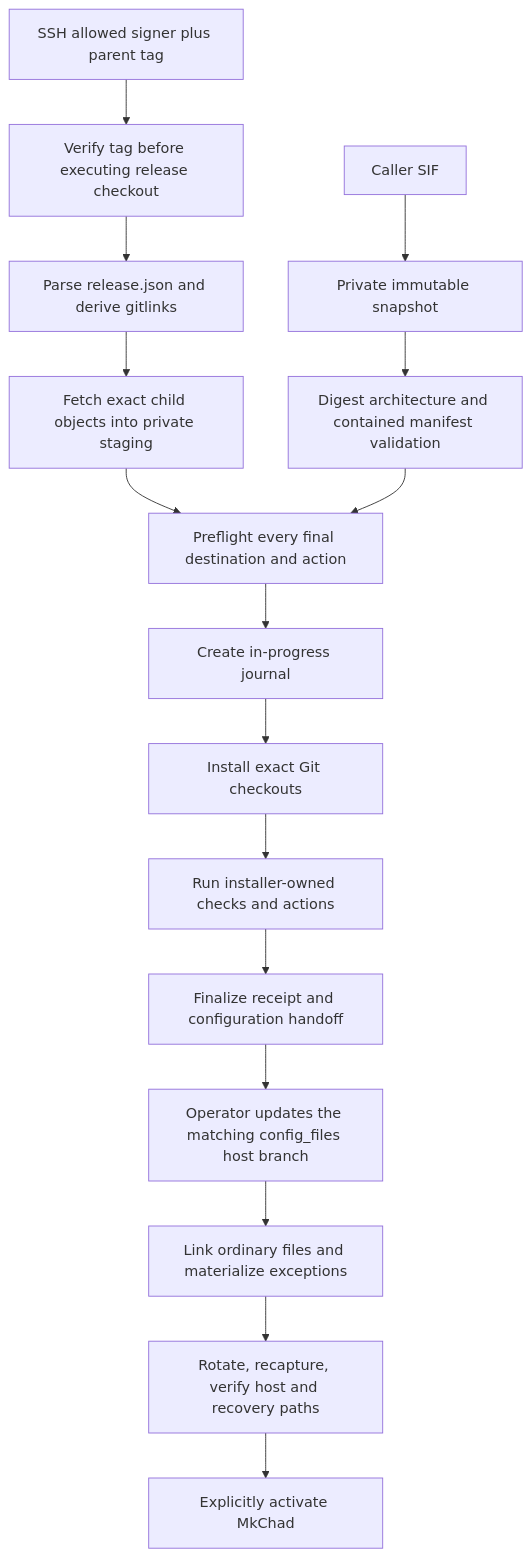
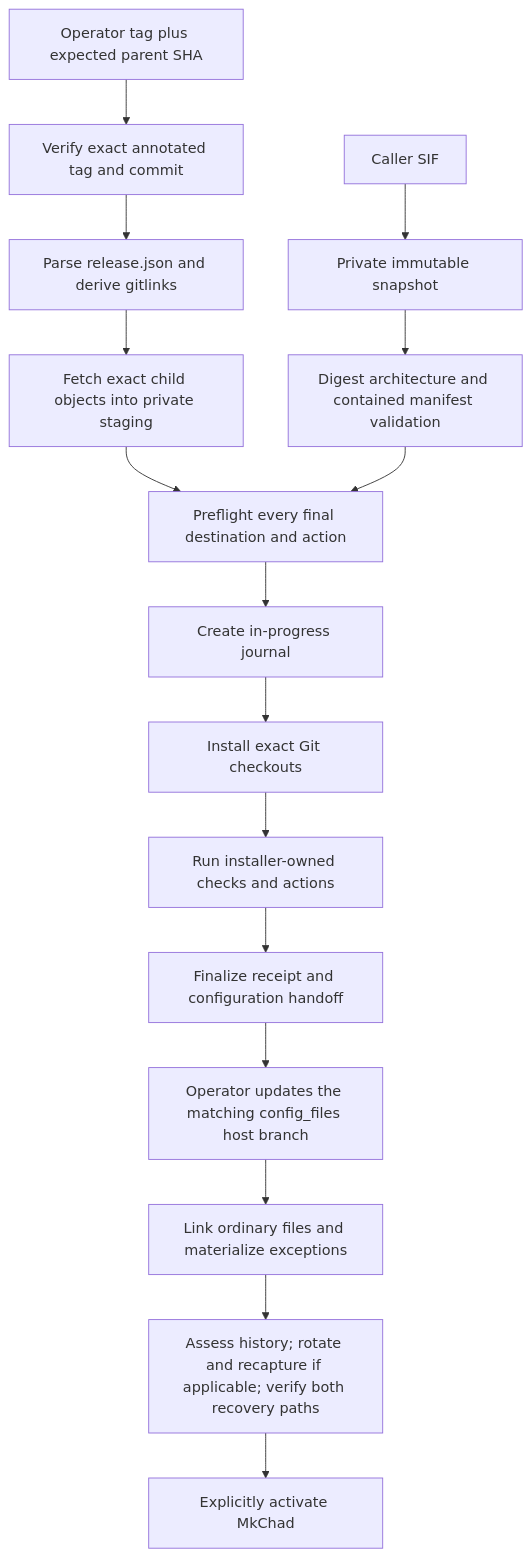
The second of 2 diagrams in docs/plans/2026-08-01-001-feat-reproducible-host-deployment-plan.md (krafczyk/mkchad_dev), drawn with Mermaid before and after one commit. The commit also changed other lines of this file, not shown here.

First line of the commit message:
docs(plan): adopt keyless release authority

````diff
--- a/docs/plans/2026-08-01-001-feat-reproducible-host-deployment-plan.md
+++ b/docs/plans/2026-08-01-001-feat-reproducible-host-deployment-plan.md
@@ -230,18 +232,18 @@
 ```mermaid
 flowchart TB
-  T[SSH allowed signer plus parent tag] --> B[Verify tag before executing release checkout]
+  T[Operator tag plus expected parent SHA] --> B[Verify exact annotated tag and commit]
   B --> R[Parse release.json and derive gitlinks]
   R --> C[Fetch exact child objects into private staging]
   I[Caller SIF] --> S[Private immutable snapshot]
   S --> V[Digest architecture and contained manifest validation]
   C --> P[Preflight every final destination and action]
   V --> P
   P --> J[Create in-progress journal]
   J --> G[Install exact Git checkouts]
   G --> A[Run installer-owned checks and actions]
   A --> F[Finalize receipt and configuration handoff]
   F --> H[Operator updates the matching config_files host branch]
   H --> M[Link ordinary files and materialize exceptions]
-  M --> X[Rotate, recapture, verify host and recovery paths]
+  M --> X[Assess history; rotate and recapture if applicable; verify both recovery paths]
   X --> Y[Explicitly activate MkChad]
 ```
````
